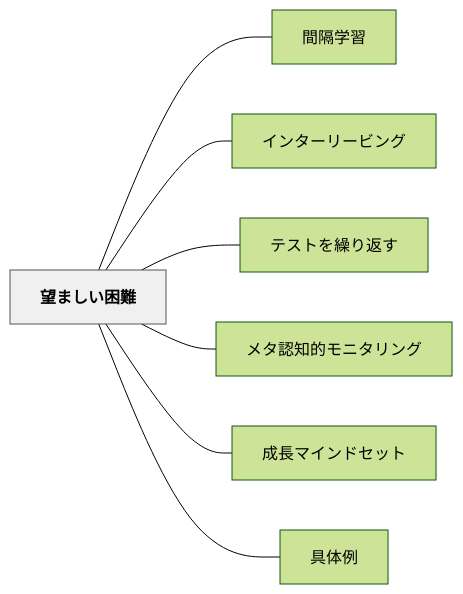
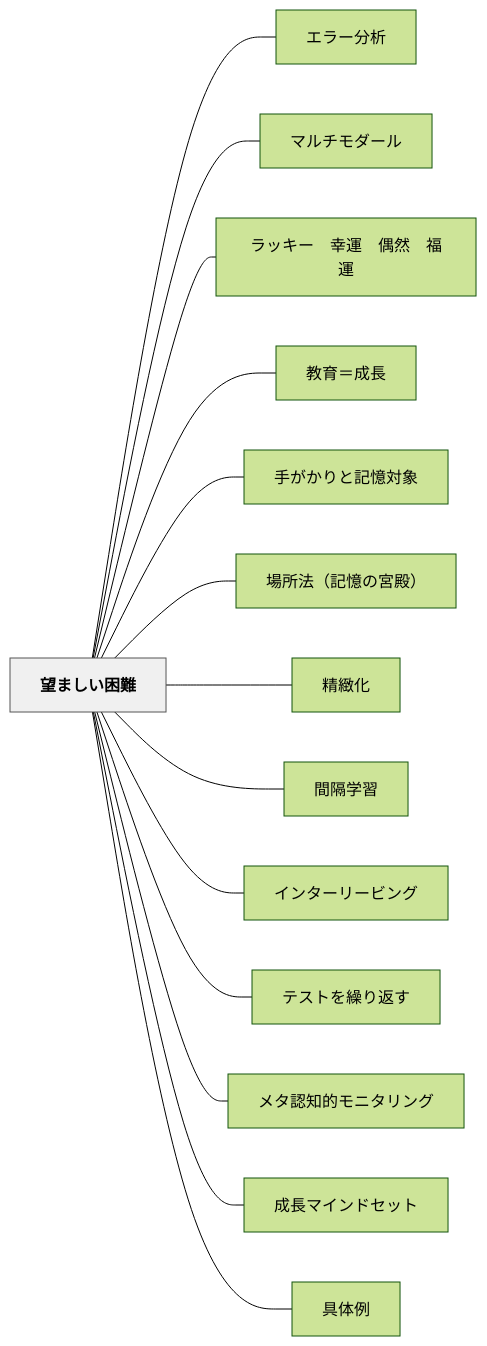
Before and after one commit to unknownthings-ed-patterns/unknownthings-ed-patterns: the diagram in content/パタン/望ましい困難.md, drawn with Mermaid (forest theme). The commit also changed other lines of this file and 473 other files, not shown here.

````diff
--- a/content/パタン/望ましい困難.md
+++ b/content/パタン/望ましい困難.md
@@ -124,20 +131,34 @@
 ```mermaid
 flowchart LR
     ne69c9be381be["望ましい困難"]
+    ne382a8e383a9["エラー分析"]
+    ne3839ee383ab["マルチモダール"]
+    ne383a9e38383["ラッキー　幸運　偶然　福運"]
+    ne69599e882b2["教育＝成長"]
+    ne6898be3818c["手がかりと記憶対象"]
+    ne5a0b4e68980["場所法（記憶の宮殿）"]
+    ne7b2bee7b7bb["精緻化"]
     ne99693e99a94["間隔学習"]
     ne382a4e383b3["インターリービング"]
     ne38386e382b9["テストを繰り返す"]
     ne383a1e382bf["メタ認知的モニタリング"]
     ne68890e995b7["成長マインドセット"]
     ne585b7e4bd93["具体例"]
 
+    ne69c9be381be --- ne382a8e383a9
+    ne69c9be381be --- ne3839ee383ab
+    ne69c9be381be --- ne383a9e38383
+    ne69c9be381be --- ne69599e882b2
+    ne69c9be381be --- ne6898be3818c
+    ne69c9be381be --- ne5a0b4e68980
+    ne69c9be381be --- ne7b2bee7b7bb
     ne69c9be381be --- ne99693e99a94
     ne69c9be381be --- ne382a4e383b3
     ne69c9be381be --- ne38386e382b9
     ne69c9be381be --- ne383a1e382bf
     ne69c9be381be --- ne68890e995b7
     ne69c9be381be --- ne585b7e4bd93
 
     classDef hub fill:#f0f0f0,stroke:#555,color:#000,font-weight:bold
     class ne69c9be381be hub
 ```
````
